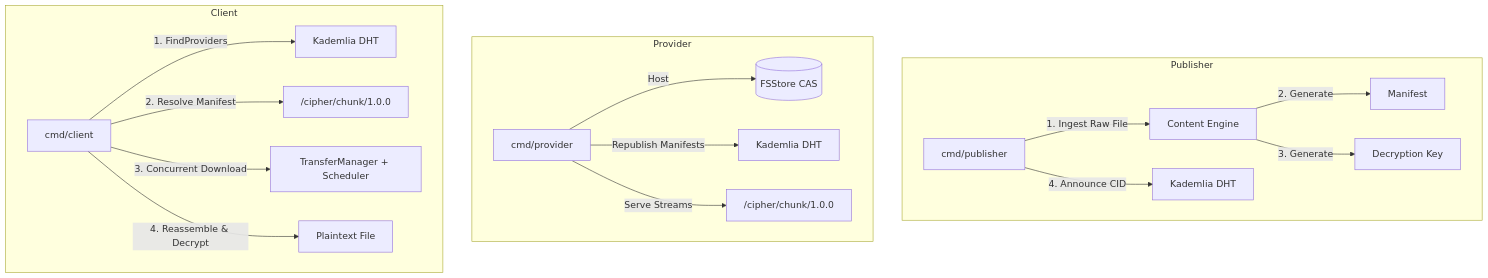
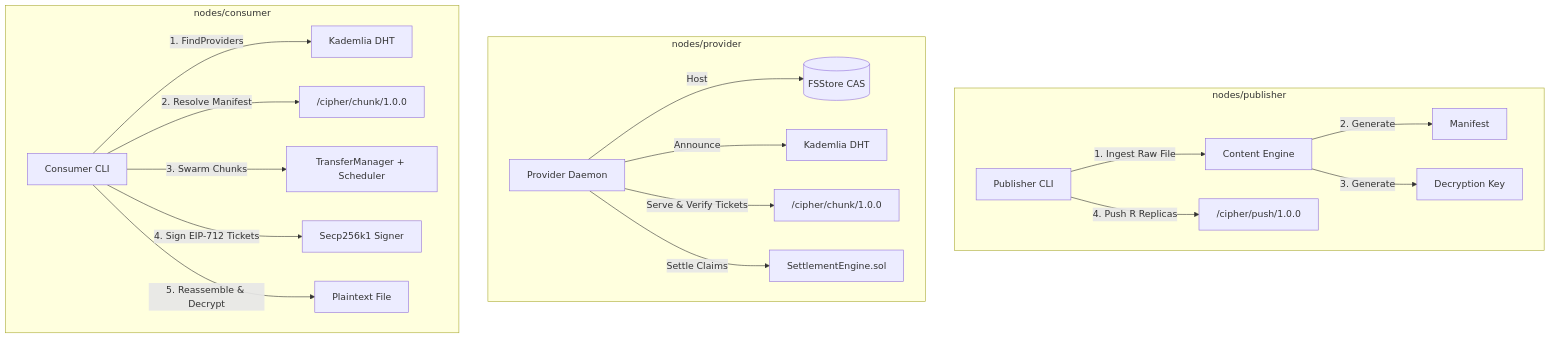
Before and after one commit to adarshxsh/CIPHER: the first of 3 diagrams in docs/architecture.md, drawn with Mermaid. The commit also changed other lines of this file and 33 other files, not shown here.

````diff
--- a/docs/architecture.md
+++ b/docs/architecture.md
@@ -69,22 +89,24 @@
 ```mermaid
 graph TD
-    subgraph Publisher
-        Pub[cmd/publisher] -->|1. Ingest Raw File| CE_Pub[Content Engine]
+    subgraph Publisher [nodes/publisher]
+        Pub[Publisher CLI] -->|1. Ingest Raw File| CE_Pub[Content Engine]
         CE_Pub -->|2. Generate| Man[Manifest]
         CE_Pub -->|3. Generate| Key[Decryption Key]
-        Pub -->|4. Announce CID| DHT_Pub[Kademlia DHT]
+        Pub -->|4. Push R Replicas| Push["/cipher/push/1.0.0"]
     end
 
-    subgraph Provider
-        Prov[cmd/provider] -->|Host| CAS[(FSStore CAS)]
-        Prov -->|Republish Manifests| DHT_Prov[Kademlia DHT]
-        Prov -->|Serve Streams| Proto_Prov["/cipher/chunk/1.0.0"]
+    subgraph Provider [nodes/provider]
+        Prov[Provider Daemon] -->|Host| CAS[(FSStore CAS)]
+        Prov -->|Announce| DHT_Prov[Kademlia DHT]
+        Prov -->|Serve & Verify Tickets| Proto_Prov["/cipher/chunk/1.0.0"]
+        Prov -->|Settle Claims| EVM_Prov[SettlementEngine.sol]
     end
 
-    subgraph Client
-        Cli[cmd/client] -->|1. FindProviders| DHT_Cli[Kademlia DHT]
+    subgraph Consumer [nodes/consumer]
+        Cli[Consumer CLI] -->|1. FindProviders| DHT_Cli[Kademlia DHT]
         Cli -->|2. Resolve Manifest| Proto_Cli["/cipher/chunk/1.0.0"]
-        Cli -->|3. Concurrent Download| TM[TransferManager + Scheduler]
-        Cli -->|4. Reassemble & Decrypt| Out[Plaintext File]
+        Cli -->|3. Swarm Chunks| TM[TransferManager + Scheduler]
+        Cli -->|4. Sign EIP-712 Tickets| Secp[Secp256k1 Signer]
+        Cli -->|5. Reassemble & Decrypt| Out[Plaintext File]
     end
 ```
````
